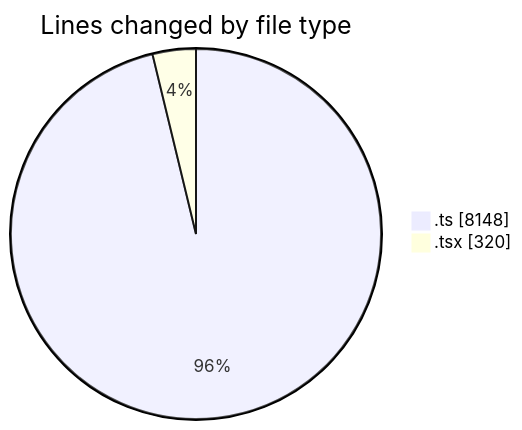
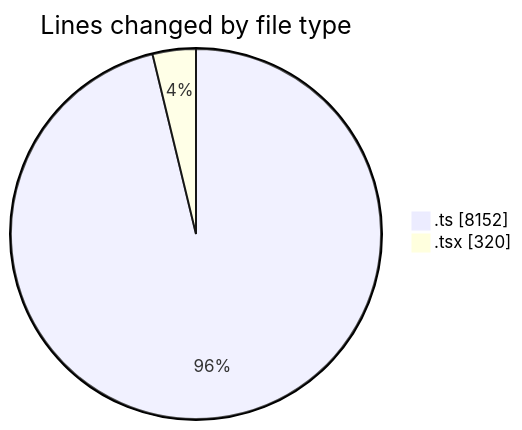
Before and after one commit to momahboobian/code-tracking: the first of 2 diagrams in 2025-08-13/cda/README.md, drawn with Mermaid. The commit also changed other lines of this file and 1 other file, not shown here.

````diff
--- a/2025-08-13/cda/README.md
+++ b/2025-08-13/cda/README.md
@@ -24,6 +24,6 @@
 ```mermaid
 pie showData
 title Lines changed by file type
-".ts" : 8148
+".ts" : 8152
 ".tsx" : 320
 ```
````
